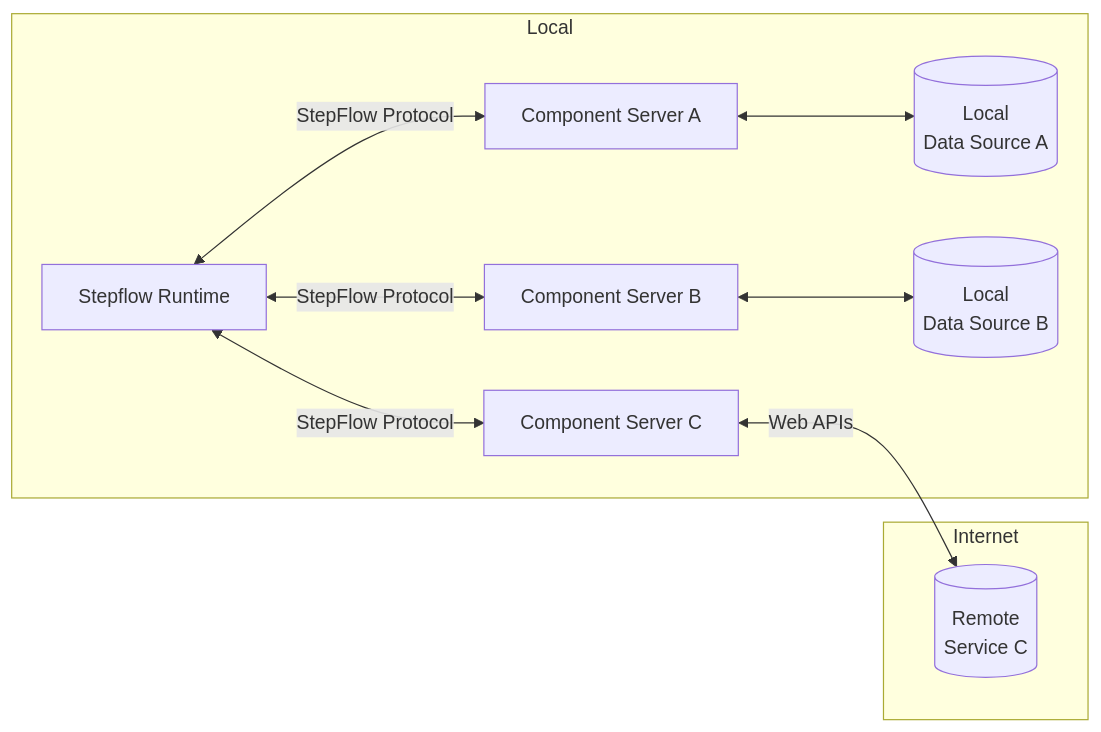
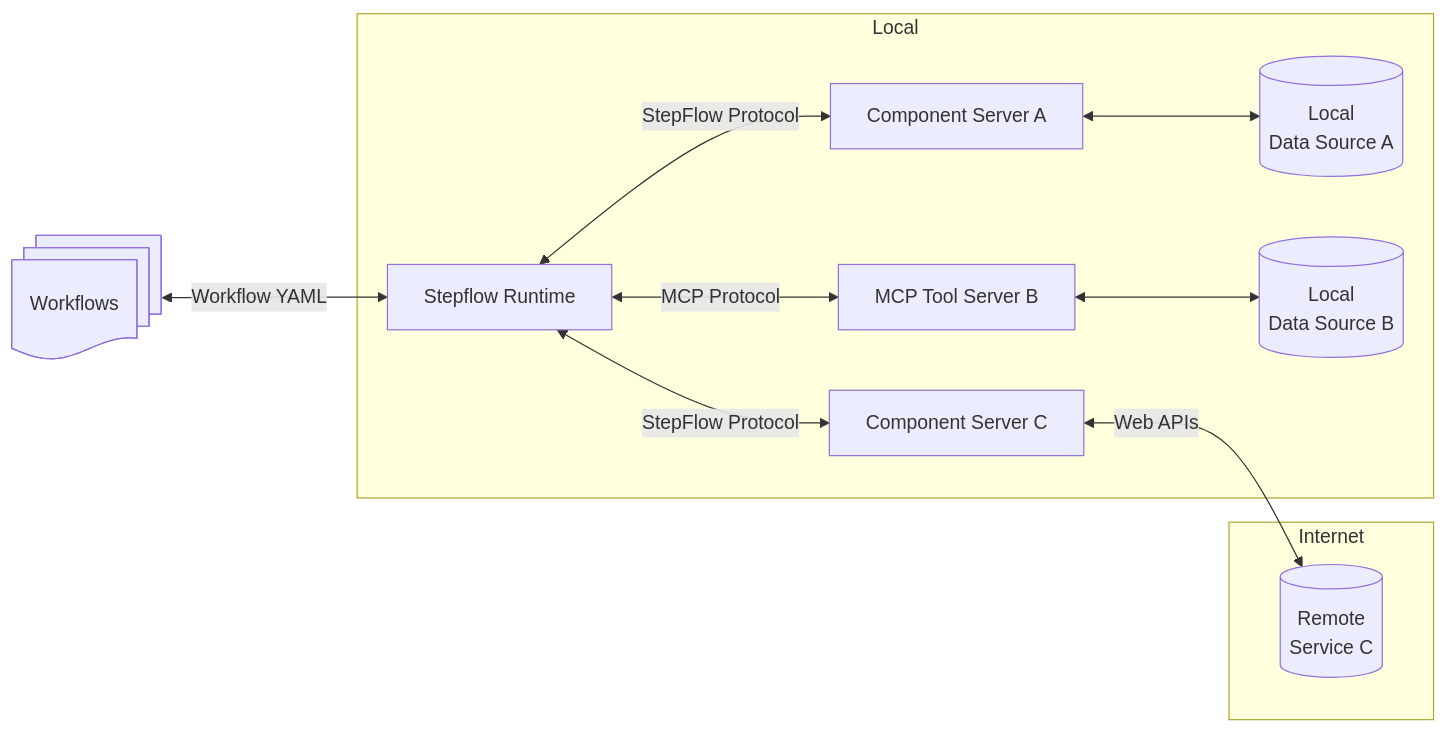
The diagram in docs/docs/introduction.md (stepflow-ai/stepflow), drawn with Mermaid before and after one commit. The commit also changed other lines of this file and 26 other files, not shown here.

````diff
--- a/docs/docs/introduction.md
+++ b/docs/docs/introduction.md
@@ -22,17 +22,19 @@
 ```mermaid
 flowchart LR
+    Workflows["Workflows"]@{ shape: docs }
+    Workflows <-->|"Workflow YAML"| Host
     subgraph "Local"
         Host["Stepflow Runtime"]
         S1["Component Server A"]
-        S2["Component Server B"]
+        S2["MCP Tool Server B"]
         S3["Component Server C"]
         Host <-->|"StepFlow Protocol"| S1
-        Host <-->|"StepFlow Protocol"| S2
+        Host <-->|"MCP Protocol"| S2
         Host <-->|"StepFlow Protocol"| S3
         S1 <--> D1[("Local<br>Data Source A")]
         S2 <--> D2[("Local<br>Data Source B")]
     end
     subgraph "Internet"
         S3 <-->|"Web APIs"| D3[("Remote<br>Service C")]
     end
 ```
````
